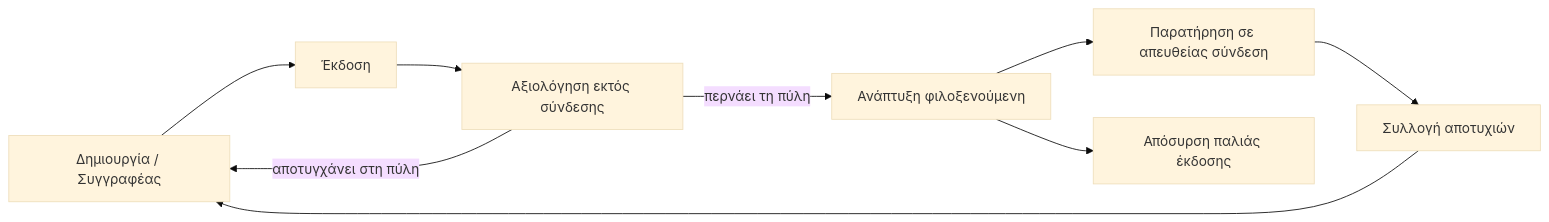
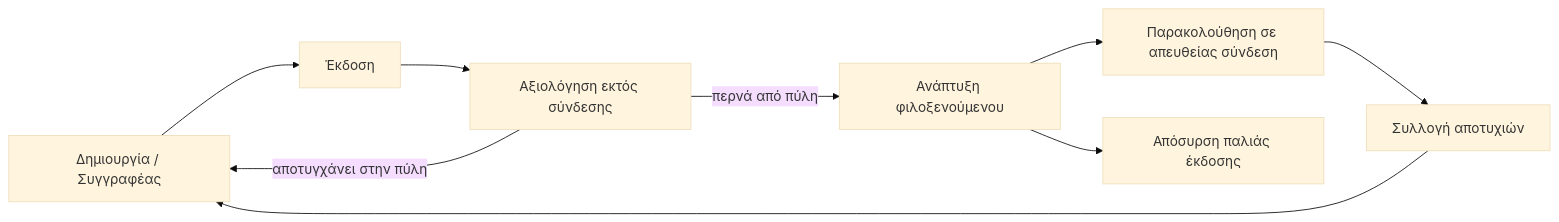
The second of 4 diagrams in mirrors/repos/microsoft@ai-agents-for-beginners/translations/el/16-deploying-scalable-agents/README.md (gabrielmoreira/agent-skills-mirror), drawn with Mermaid (base theme) before and after one commit. The commit also changed other lines of this file and 4262 other files, not shown here.

````diff
--- a/mirrors/repos/microsoft@ai-agents-for-beginners/translations/el/16-deploying-scalable-agents/README.md
+++ b/mirrors/repos/microsoft@ai-agents-for-beginners/translations/el/16-deploying-scalable-agents/README.md
@@ -108,11 +108,11 @@
 ```mermaid
 flowchart LR
     Create[Δημιουργία / Συγγραφέας] --> Version[Έκδοση]
     Version --> Evaluate[Αξιολόγηση εκτός σύνδεσης]
-    Evaluate -->|περνάει τη πύλη| Deploy[Ανάπτυξη φιλοξενούμενη]
-    Evaluate -->|αποτυγχάνει στη πύλη| Create
-    Deploy --> Observe[Παρατήρηση σε απευθείας σύνδεση]
+    Evaluate -->|περνά από πύλη| Deploy[Ανάπτυξη φιλοξενούμενου]
+    Evaluate -->|αποτυγχάνει στην πύλη| Create
+    Deploy --> Observe[Παρακολούθηση σε απευθείας σύνδεση]
     Observe --> Improve[Συλλογή αποτυχιών]
     Improve --> Create
     Deploy --> Retire[Απόσυρση παλιάς έκδοσης]
 ```
````
